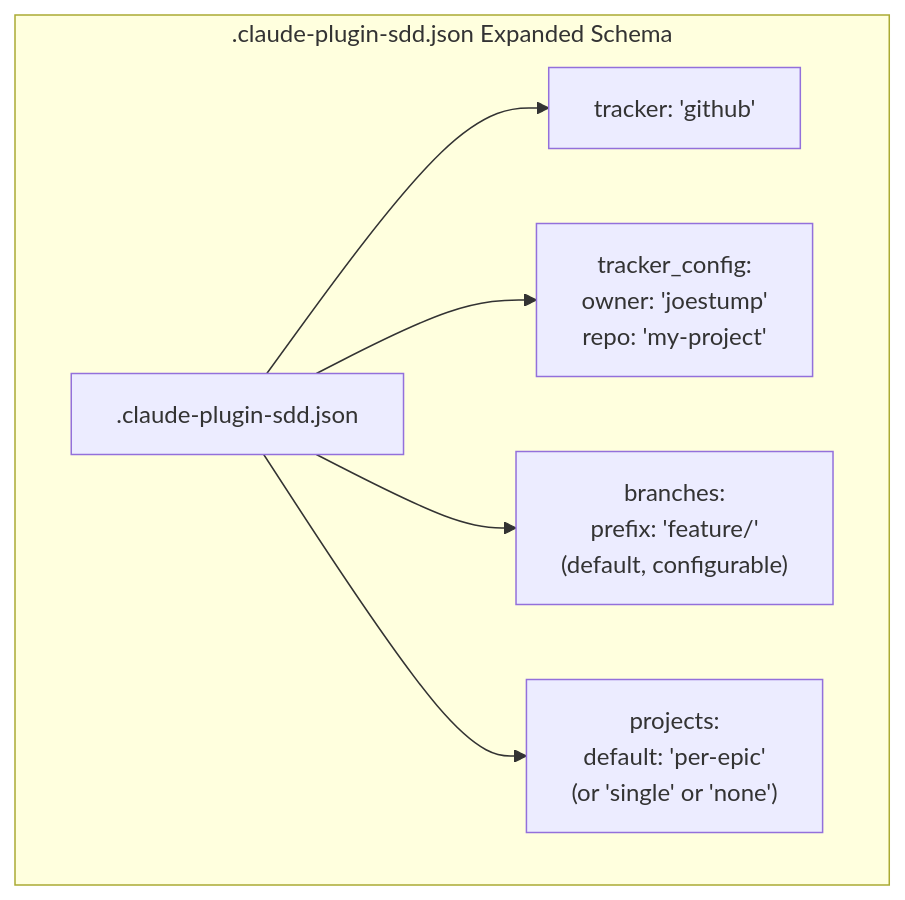
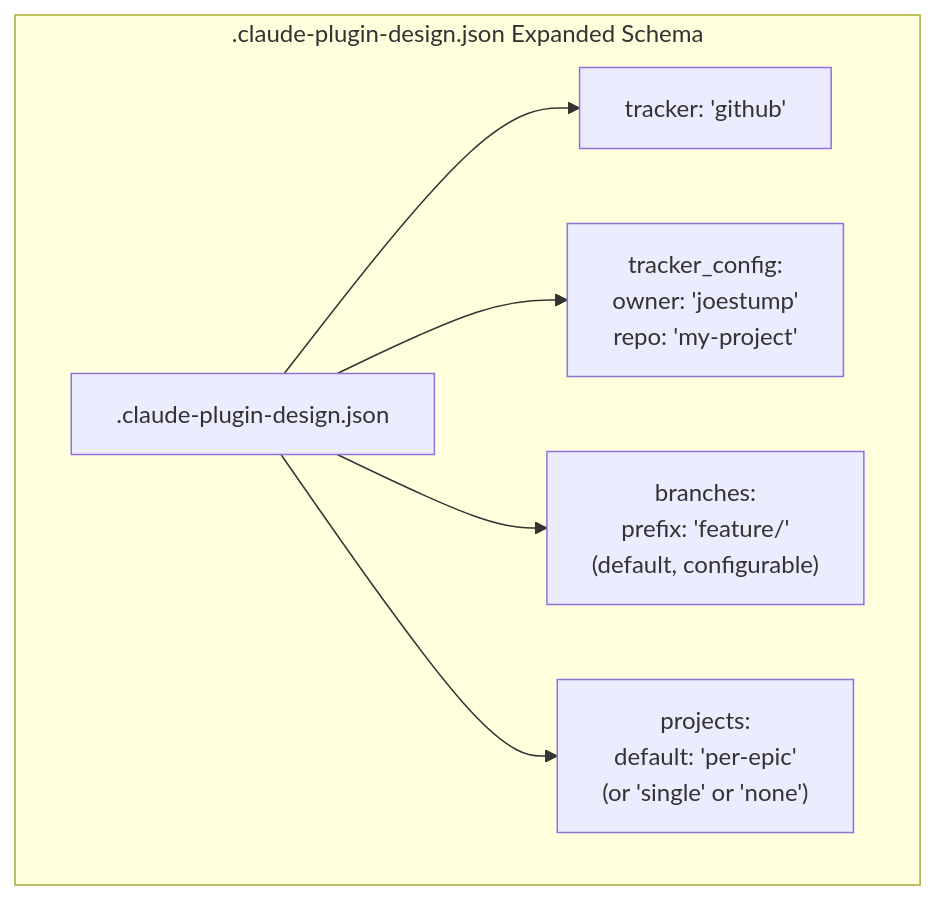
Before and after one commit to joestump/claude-plugin-sdd: the fourth of 4 diagrams in docs/openspec/specs/sprint-planning/design.md, drawn with Mermaid. The commit also changed other lines of this file and 33 other files, not shown here.

````diff
--- a/docs/openspec/specs/sprint-planning/design.md
+++ b/docs/openspec/specs/sprint-planning/design.md
@@ -232,10 +232,10 @@
 ```mermaid
 flowchart TD
-    subgraph ".claude-plugin-sdd.json Expanded Schema"
-        root[".claude-plugin-sdd.json"]
+    subgraph ".claude-plugin-design.json Expanded Schema"
+        root[".claude-plugin-design.json"]
         root --> tracker["tracker: 'github'"]
         root --> tracker_config["tracker_config:\n  owner: 'joestump'\n  repo: 'my-project'"]
         root --> branches["branches:\n  prefix: 'feature/'\n  (default, configurable)"]
         root --> projects["projects:\n  default: 'per-epic'\n  (or 'single' or 'none')"]
     end
 ```
````
